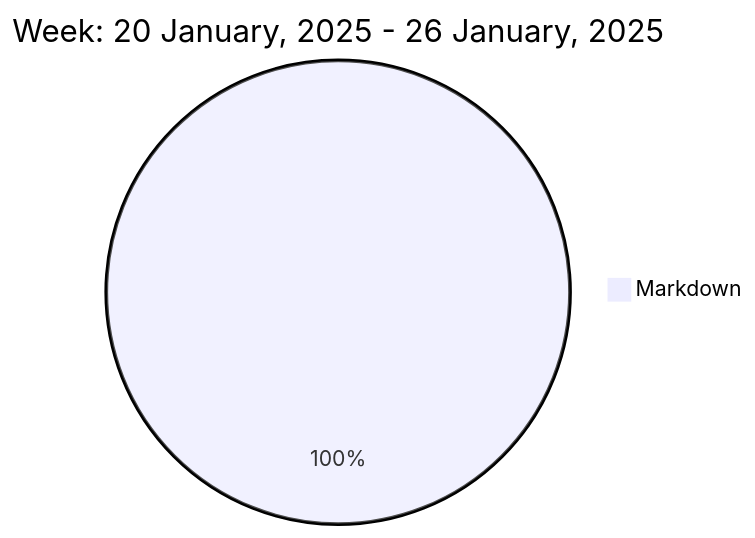
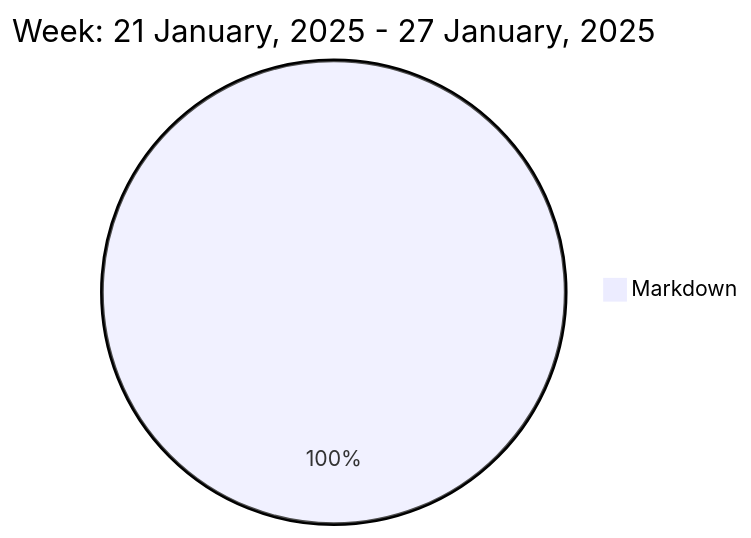
Before and after one commit to liubin95/liubin95: the diagram in README.md, drawn with Mermaid.

Commit message:
Updated the Graph with new Metrics

````diff
--- a/README.md
+++ b/README.md
@@ -37,5 +37,5 @@
 ```mermaid
  pie
-title Week: 20 January, 2025 - 26 January, 2025
+title Week: 21 January, 2025 - 27 January, 2025
  "Markdown" : 3.25
 ```
````
